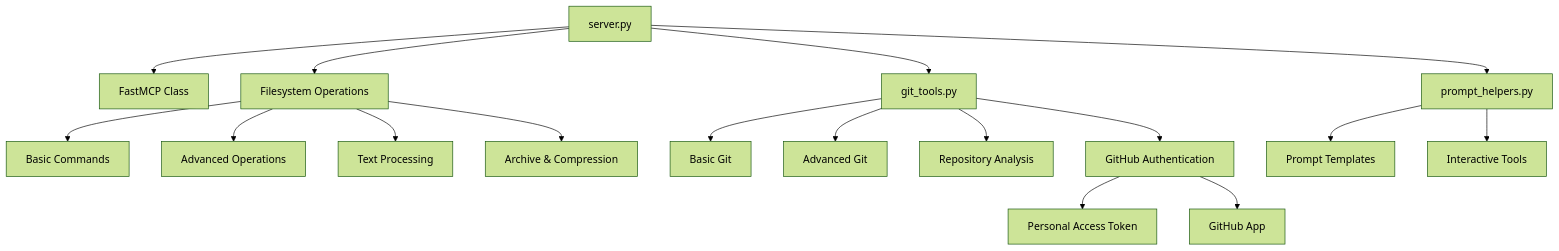
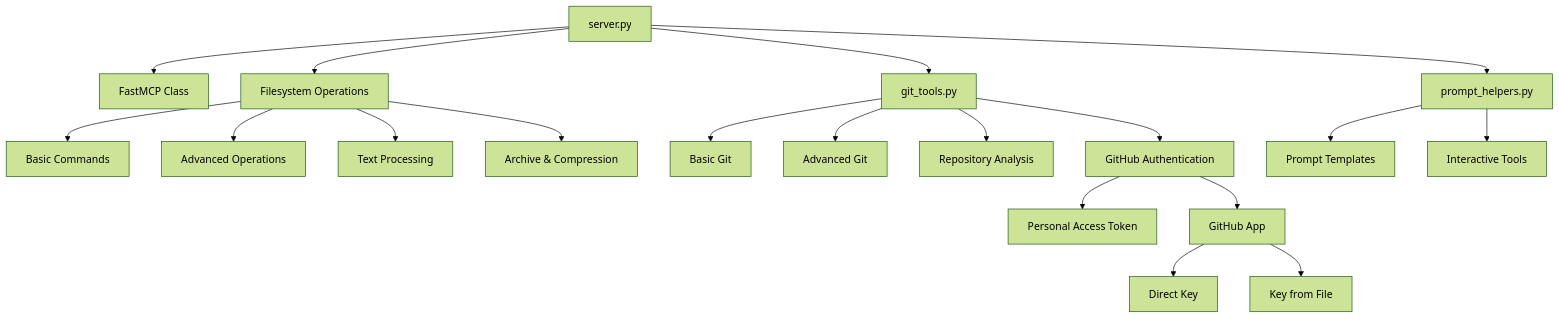
One commit to aj-geddes/fastfs-mcp changed the second of 8 diagrams in README.md. Above: the diagram before and after it, drawn with Mermaid (forest theme). The commit also changed other lines of this file and 2 other files, not shown here.

Commit message:
feat: Add support for GitHub App authentication with private key from file

````diff
--- a/README.md
+++ b/README.md
@@ -35,23 +35,25 @@
 ```mermaid
 graph TD
     Server[server.py] --> FastMCP[FastMCP Class]
     Server --> FileOps[Filesystem Operations]
     Server --> GitTools[git_tools.py]
     Server --> PromptHelpers[prompt_helpers.py]
     
     FileOps --> Basic[Basic Commands]
     FileOps --> Advanced[Advanced Operations]
     FileOps --> Text[Text Processing]
     FileOps --> Archive[Archive & Compression]
     
     GitTools --> BasicGit[Basic Git]
     GitTools --> AdvancedGit[Advanced Git]
     GitTools --> GitAnalysis[Repository Analysis]
     GitTools --> GitAuth[GitHub Authentication]
     
     PromptHelpers --> Templates[Prompt Templates]
     PromptHelpers --> Interactive[Interactive Tools]
     
     GitAuth --> PAT[Personal Access Token]
     GitAuth --> GitHubApp[GitHub App]
+    GitHubApp --> DirectKey[Direct Key]
+    GitHubApp --> KeyFromFile[Key from File]
 ```
````
